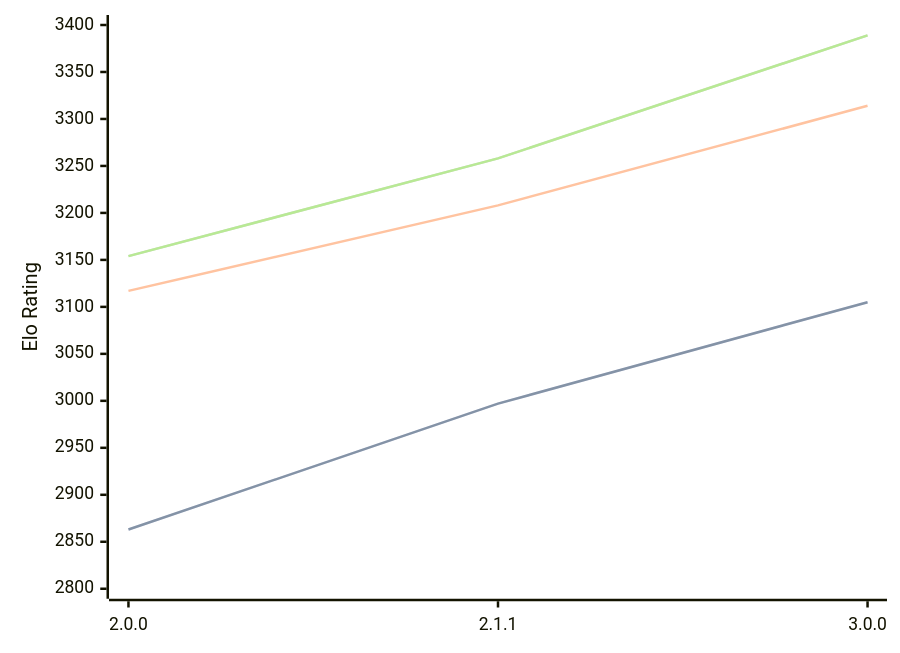
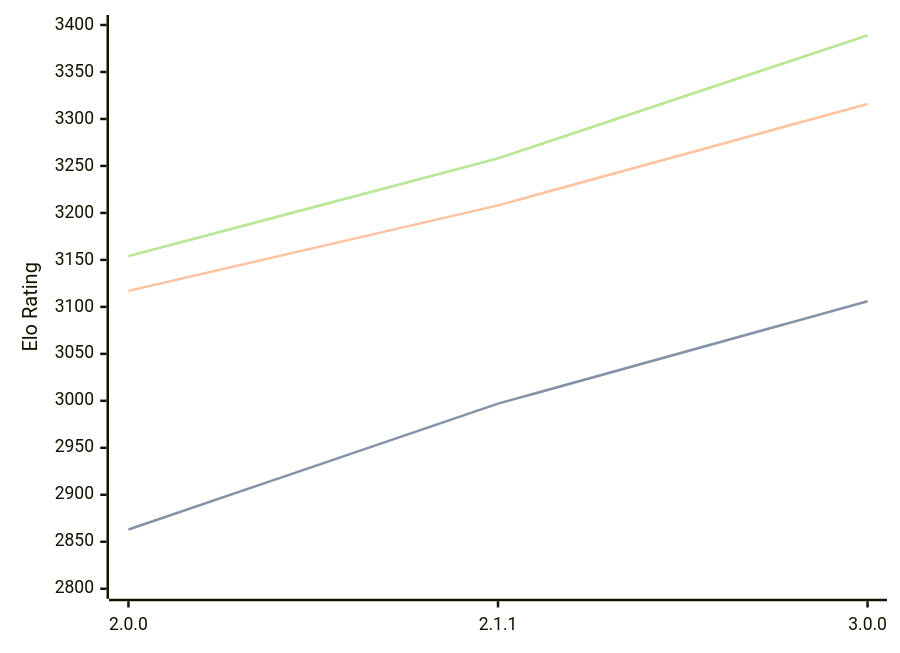
Before and after one commit to computer-chess-index/cci: the diagram in engines/Bread.md, drawn with Mermaid. The commit also changed other lines of this file, not shown here.

````diff
--- a/engines/Bread.md
+++ b/engines/Bread.md
@@ -36,11 +36,11 @@
 ```mermaid
 %%{init: {"theme":"base","themeVariables":{"seriesColors:['#a3a3a3','#222221','#faa371']}}}%%
 xychart-beta
   x-axis ["2.0.0", "2.1.1", "3.0.0"]
   y-axis "Elo Rating" 2800 --> 3400
-  line "" [2863, 2997, 3105]
-  line "STC (8.0+0.08s)" [2863, 2997, 3105]
-  line "LTC (60.0+0.60s)" [3117, 3208, 3314]
+  line "" [2863, 2997, 3106]
+  line "STC (8.0+0.08s)" [2863, 2997, 3106]
+  line "LTC (60.0+0.60s)" [3117, 3208, 3316]
   line "" [3154, 3258, 3389]
   line "VLTC (2m24s+1.12s)" [3154, 3258, 3389]
 ```
````
